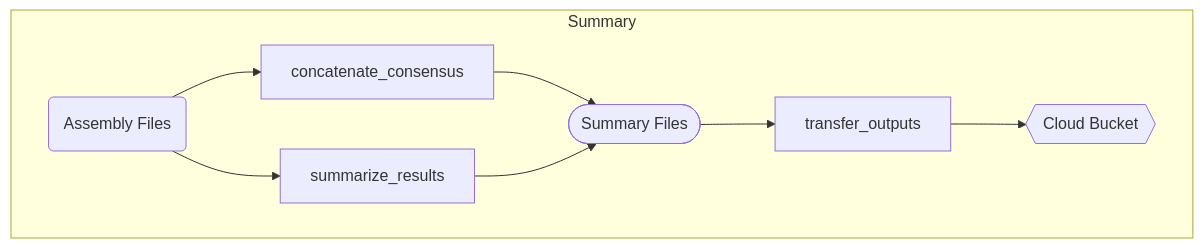
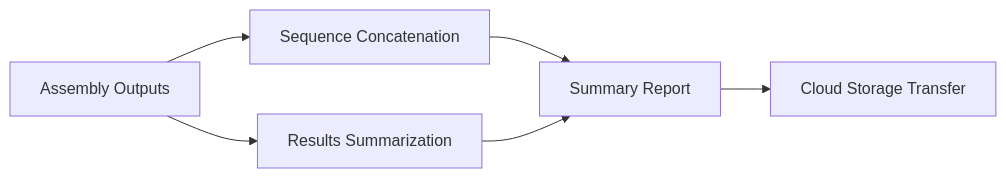
The second of 3 diagrams in README.md (CDPHE-bioinformatics/CDPHE-Viral-Amplicon-WDL), drawn with Mermaid before and after one commit. The commit also changed other lines of this file, not shown here.

````diff
--- a/README.md
+++ b/README.md
@@ -51,12 +43,7 @@
 ```mermaid
-graph TD
-    subgraph Summary
-    A2(Assembly Files) --> B2
-    B2[concatenate_consensus] --> D2
-    A2 --> C2
-    C2[summarize_results] --> D2
-    D2([Summary Files]) --> E2
-    E2[transfer_outputs] --> F2
-    F2{{Cloud Bucket}}
-    end
+graph LR
+    A[Assembly Outputs] --> B[Sequence Concatenation]
+    A --> C[Results Summarization]
+    B & C --> D[Summary Report]
+    D --> E[Cloud Storage Transfer]
 ```
````
